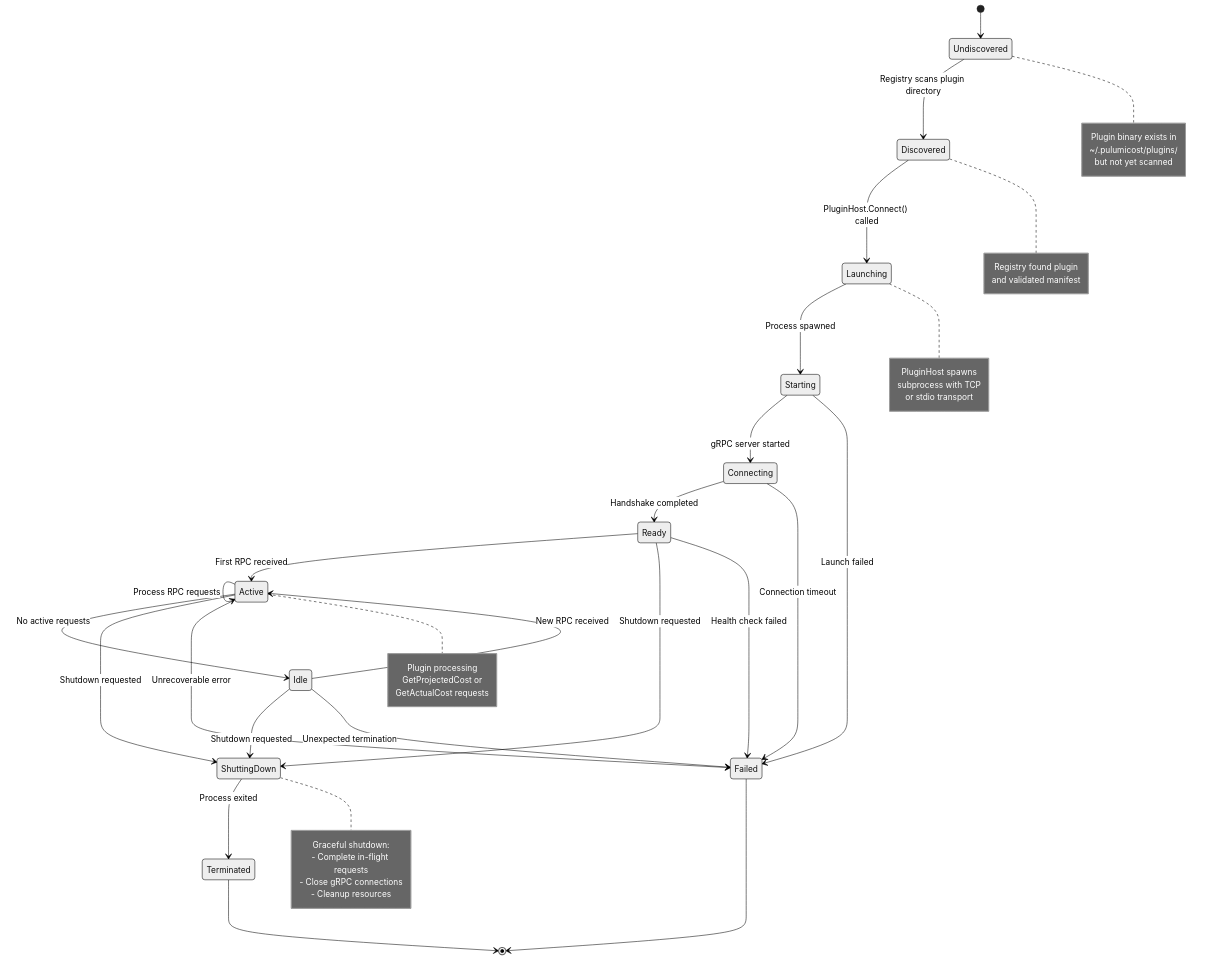
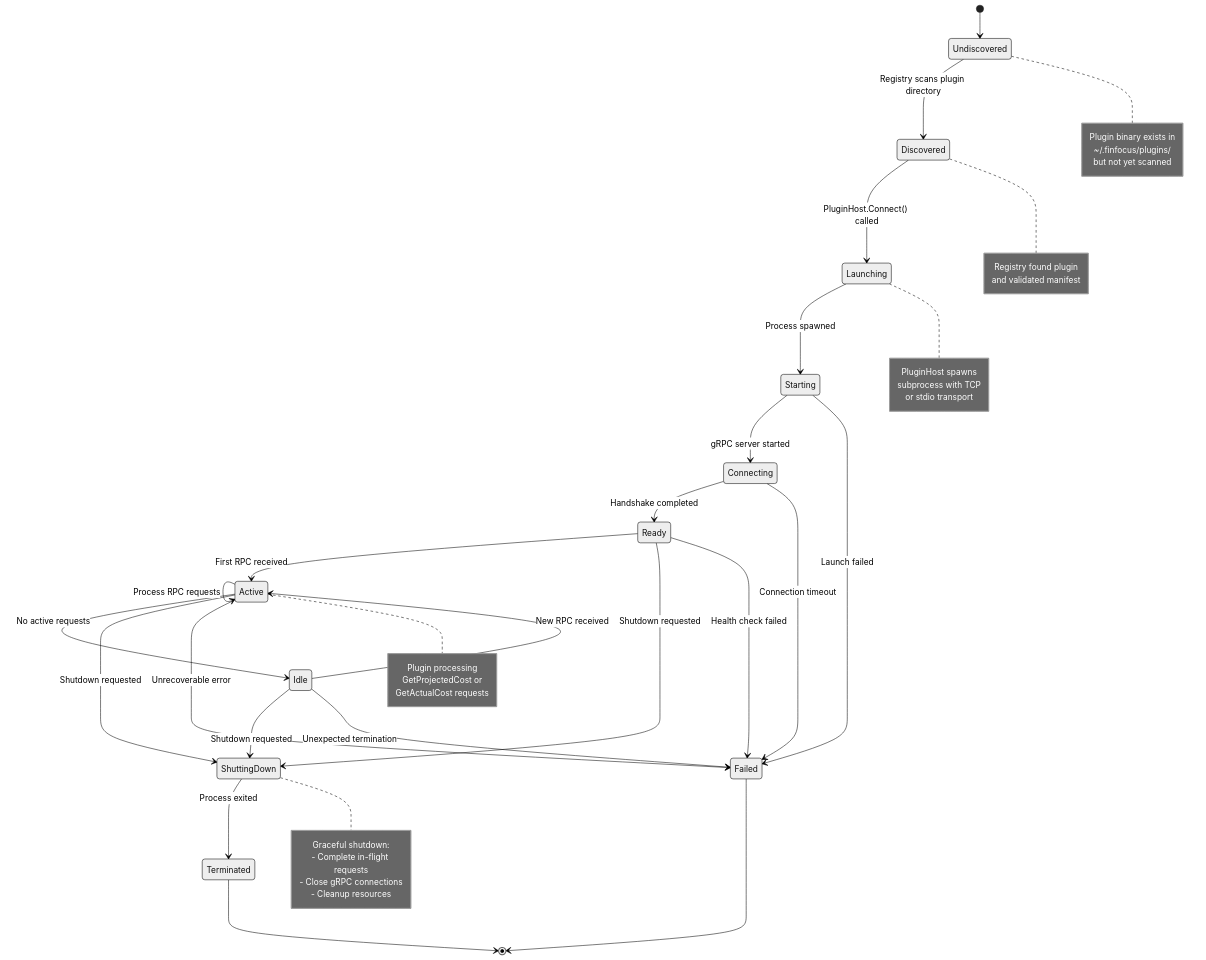
One commit to rshade/pulumicost-core changed the diagram in docs/architecture/diagrams/plugin-lifecycle.md. Above: the diagram before and after it, drawn with Mermaid (neutral theme). The commit also changed other lines of this file and 514 other files, not shown here.

````diff
--- a/docs/architecture/diagrams/plugin-lifecycle.md
+++ b/docs/architecture/diagrams/plugin-lifecycle.md
@@ -10,63 +10,63 @@
 ```mermaid
 stateDiagram-v2
     [*] --> Undiscovered
 
     Undiscovered --> Discovered: Registry scans plugin directory
 
     Discovered --> Launching: PluginHost.Connect() called
 
     Launching --> Starting: Process spawned
     Starting --> Connecting: gRPC server started
     Connecting --> Ready: Handshake completed
 
     Ready --> Active: First RPC received
 
     Active --> Active: Process RPC requests
     Active --> Idle: No active requests
     Idle --> Active: New RPC received
 
     Active --> ShuttingDown: Shutdown requested
     Idle --> ShuttingDown: Shutdown requested
     Ready --> ShuttingDown: Shutdown requested
 
     ShuttingDown --> Terminated: Process exited
     Terminated --> [*]
 
     Starting --> Failed: Launch failed
     Connecting --> Failed: Connection timeout
     Ready --> Failed: Health check failed
     Active --> Failed: Unrecoverable error
     Idle --> Failed: Unexpected termination
 
     Failed --> [*]
 
     note right of Undiscovered
         Plugin binary exists in
-        ~/.pulumicost/plugins/
+        ~/.finfocus/plugins/
         but not yet scanned
     end note
 
     note right of Discovered
         Registry found plugin
         and validated manifest
     end note
 
     note right of Launching
         PluginHost spawns
         subprocess with TCP
         or stdio transport
     end note
 
     note right of Active
         Plugin processing
         GetProjectedCost or
         GetActualCost requests
     end note
 
     note right of ShuttingDown
         Graceful shutdown:
         - Complete in-flight requests
         - Close gRPC connections
         - Cleanup resources
     end note
 ```
````
